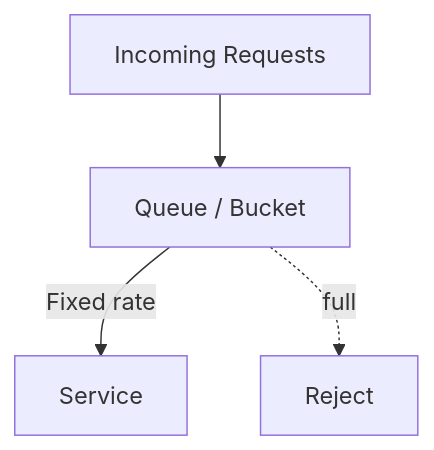
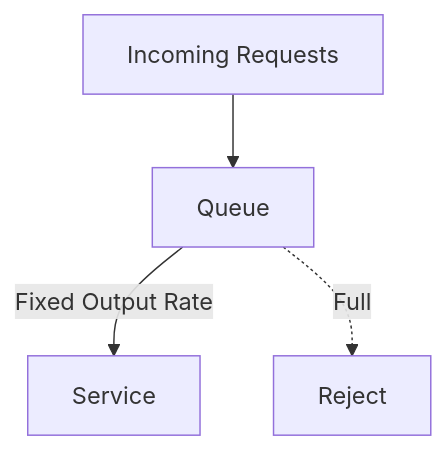
The eighth of 8 diagrams in 01-fundamentals/ratelimiter.md (shivi11sep/scalable-system-design), drawn with Mermaid before and after one commit. The commit also changed other lines of this file, not shown here.

Commit message:
rate limiter

````diff
--- a/01-fundamentals/ratelimiter.md
+++ b/01-fundamentals/ratelimiter.md
@@ -180,6 +469,6 @@
 ```mermaid
 flowchart TD
-    I[Incoming Requests] --> Q[Queue / Bucket]
-    Q -->|Fixed rate| S[Service]
-    Q -. full .-> R[Reject]
+    I[Incoming Requests] --> Q[Queue]
+    Q -->|Fixed Output Rate| S[Service]
+    Q -. Full .-> R[Reject]
 ```
````
